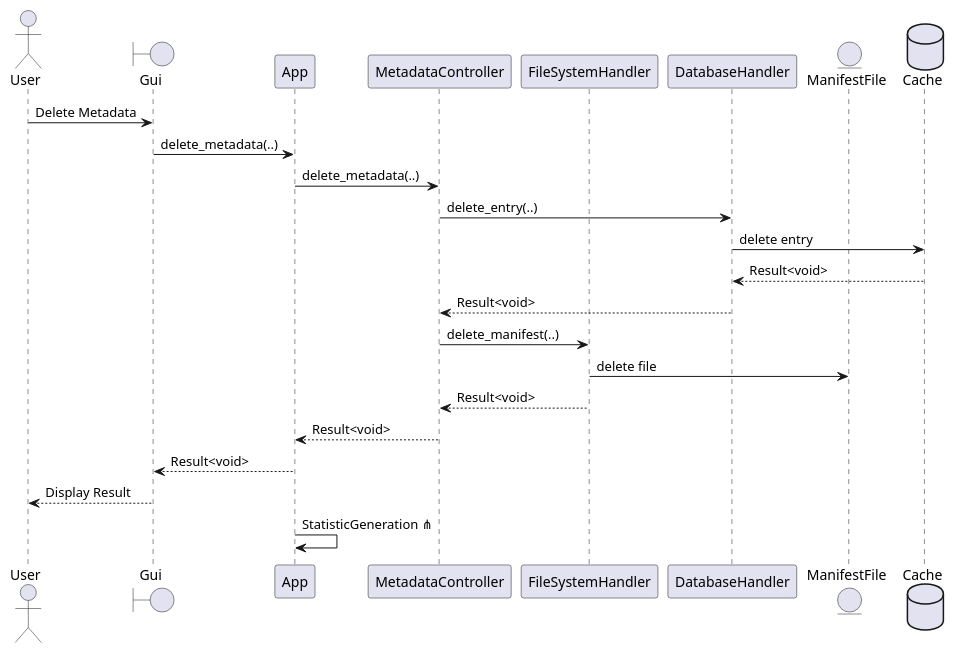
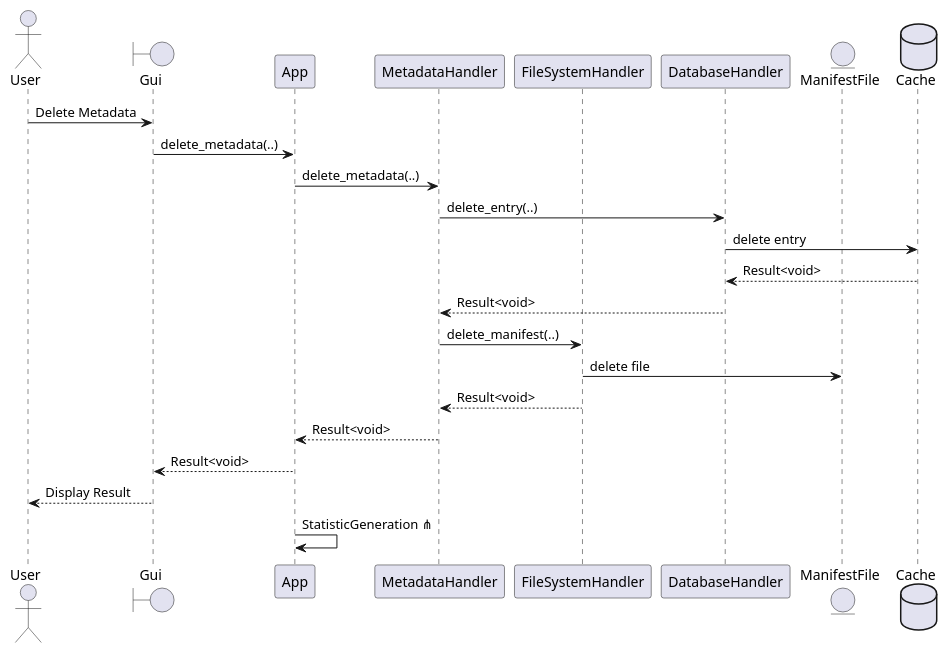
One commit to SoftwareEngineeringOne/wiki changed the fifth of 10 diagrams in wiki/topics/Inkremente/04/Grobdesign.md. Above: the diagram before and after it, drawn with PlantUML. The commit also changed other lines of this file, not shown here.

Commit message:
Add modules to Class Diagramm

````diff
--- a/wiki/topics/Inkremente/04/Grobdesign.md
+++ b/wiki/topics/Inkremente/04/Grobdesign.md
@@ -363,32 +385,32 @@
 ```plantuml
 @startuml Delete Metadata
 actor User
 boundary Gui
 participant App
-participant MetadataController
+participant MetadataHandler
 participant FileSystemHandler
 participant DatabaseHandler
 entity ManifestFile
 database Cache
 
 User -> Gui : Delete Metadata
 Gui -> App: delete_metadata(..)
 
-App -> MetadataController: delete_metadata(..)
+App -> MetadataHandler: delete_metadata(..)
 ' Caching
-MetadataController -> DatabaseHandler : delete_entry(..)
+MetadataHandler -> DatabaseHandler : delete_entry(..)
 DatabaseHandler -> Cache : delete entry
 Cache --> DatabaseHandler : Result<void>
-DatabaseHandler --> MetadataController : Result<void>
+DatabaseHandler --> MetadataHandler : Result<void>
 
-MetadataController -> FileSystemHandler : delete_manifest(..)
+MetadataHandler -> FileSystemHandler : delete_manifest(..)
 FileSystemHandler -> ManifestFile : delete file
-FileSystemHandler --> MetadataController: Result<void>
+FileSystemHandler --> MetadataHandler: Result<void>
 
-MetadataController --> App : Result<void>
+MetadataHandler --> App : Result<void>
 App --> Gui : Result<void>
 Gui --> User: Display Result
 
 App -> App : StatisticGeneration ⋔
 @enduml
 ```
````
